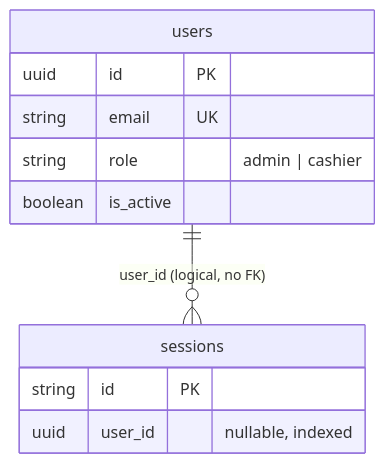
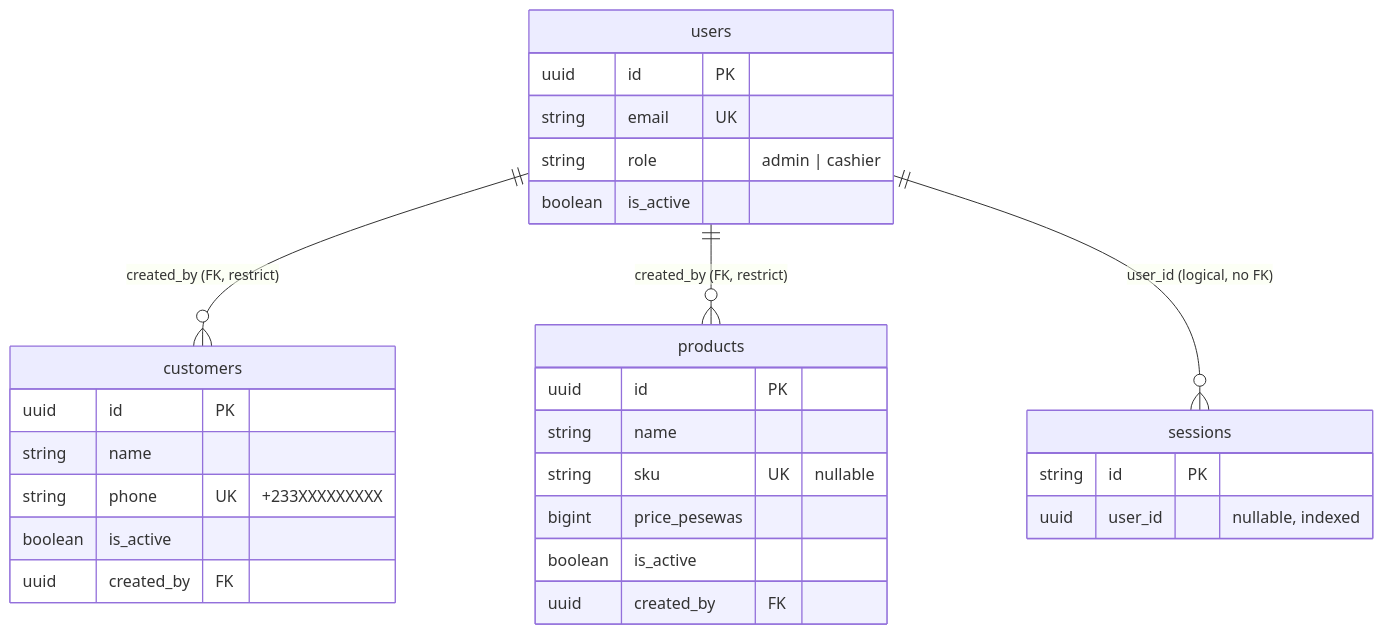
One commit to Wuninsu/litemall changed the diagram in docs/DATABASE_RELATIONSHIPS.md. Above: the diagram before and after it, drawn with Mermaid. The commit also changed other lines of this file and 61 other files, not shown here.

First line of the commit message:
Phase 2: customers and products

````diff
--- a/docs/DATABASE_RELATIONSHIPS.md
+++ b/docs/DATABASE_RELATIONSHIPS.md
@@ -17,14 +22,31 @@
 ```mermaid
 erDiagram
+    users ||--o{ customers : "created_by (FK, restrict)"
+    users ||--o{ products : "created_by (FK, restrict)"
     users ||--o{ sessions : "user_id (logical, no FK)"
     users {
         uuid id PK
         string email UK
         string role "admin | cashier"
         boolean is_active
     }
+    customers {
+        uuid id PK
+        string name
+        string phone UK "+233XXXXXXXXX"
+        boolean is_active
+        uuid created_by FK
+    }
+    products {
+        uuid id PK
+        string name
+        string sku UK "nullable"
+        bigint price_pesewas
+        boolean is_active
+        uuid created_by FK
+    }
     sessions {
         string id PK
         uuid user_id "nullable, indexed"
     }
 ```
````
